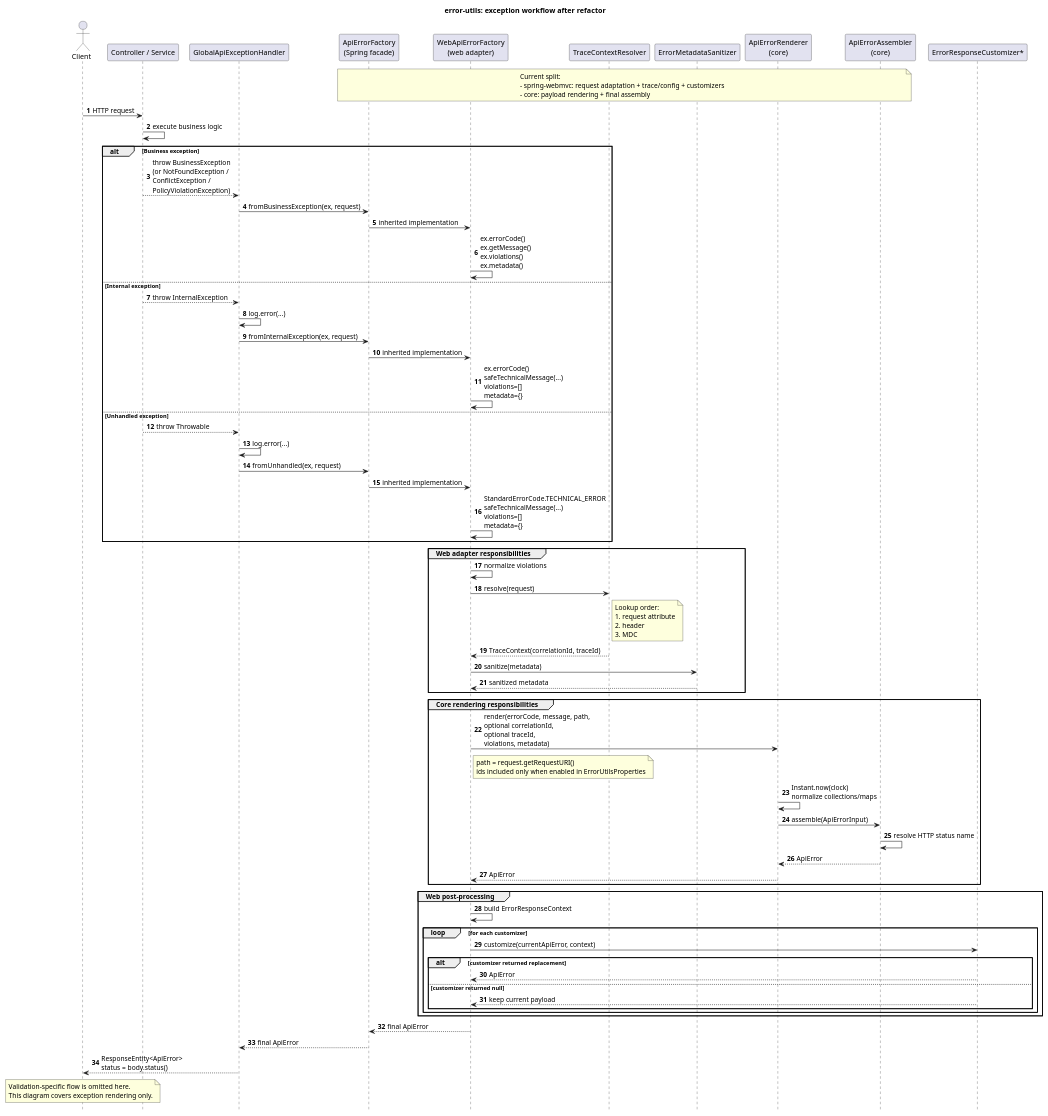
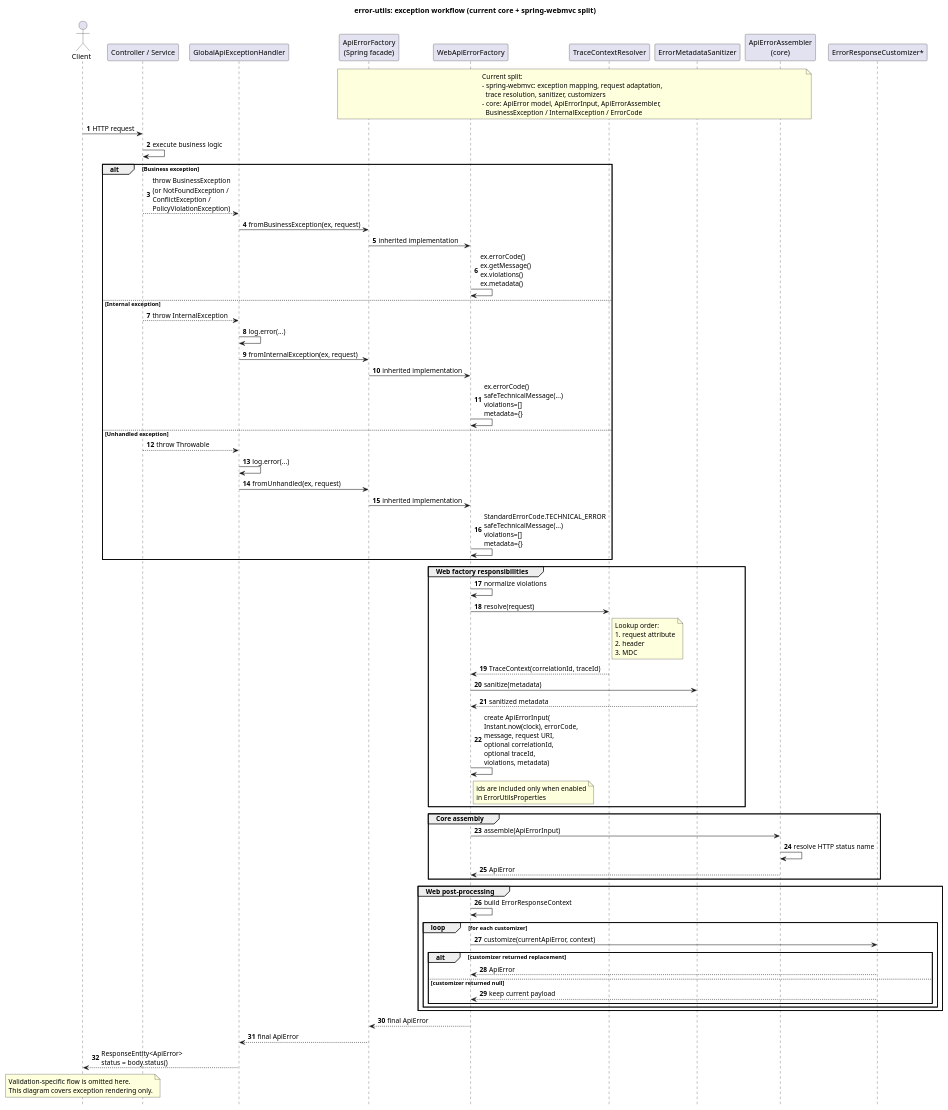
The diagram in docs/error-utils-exception-workflow.puml (ManuelMaslonka/error-utils), drawn with PlantUML before and after one commit. The commit also changed 23 other files, not shown here.

```diff
--- a/docs/error-utils-exception-workflow.puml
+++ b/docs/error-utils-exception-workflow.puml
@@ -1,97 +1,96 @@
 @startuml
-title error-utils: exception workflow after refactor
+title error-utils: exception workflow (current core + spring-webmvc split)
 
 autonumber
 hide footbox
 
 actor Client
 participant "Controller / Service" as App
 participant "GlobalApiExceptionHandler" as Handler
 participant "ApiErrorFactory\n(Spring facade)" as PublicFactory
-participant "WebApiErrorFactory\n(web adapter)" as WebFactory
+participant "WebApiErrorFactory" as WebFactory
 participant "TraceContextResolver" as TraceResolver
 participant "ErrorMetadataSanitizer" as Sanitizer
-participant "ApiErrorRenderer\n(core)" as Renderer
 participant "ApiErrorAssembler\n(core)" as Assembler
 participant "ErrorResponseCustomizer*" as Customizers
 
 note over PublicFactory, Assembler
 Current split:
-- spring-webmvc: request adaptation + trace/config + customizers
-- core: payload rendering + final assembly
+- spring-webmvc: exception mapping, request adaptation,
+  trace resolution, sanitizer, customizers
+- core: ApiError model, ApiErrorInput, ApiErrorAssembler,
+  BusinessException / InternalException / ErrorCode
 end note
 
 Client -> App: HTTP request
 App -> App: execute business logic
 
 alt Business exception
     App --> Handler: throw BusinessException\n(or NotFoundException /\nConflictException /\nPolicyViolationException)
     Handler -> PublicFactory: fromBusinessException(ex, request)
     PublicFactory -> WebFactory: inherited implementation
     WebFactory -> WebFactory: ex.errorCode()\nex.getMessage()\nex.violations()\nex.metadata()
 else Internal exception
     App --> Handler: throw InternalException
     Handler -> Handler: log.error(...)
     Handler -> PublicFactory: fromInternalException(ex, request)
     PublicFactory -> WebFactory: inherited implementation
     WebFactory -> WebFactory: ex.errorCode()\nsafeTechnicalMessage(...)\nviolations=[]\nmetadata={}
 else Unhandled exception
     App --> Handler: throw Throwable
     Handler -> Handler: log.error(...)
     Handler -> PublicFactory: fromUnhandled(ex, request)
     PublicFactory -> WebFactory: inherited implementation
     WebFactory -> WebFactory: StandardErrorCode.TECHNICAL_ERROR\nsafeTechnicalMessage(...)\nviolations=[]\nmetadata={}
 end
 
-group Web adapter responsibilities
+group Web factory responsibilities
     WebFactory -> WebFactory: normalize violations
 
     WebFactory -> TraceResolver: resolve(request)
     note right of TraceResolver
     Lookup order:
     1. request attribute
     2. header
     3. MDC
     end note
     TraceResolver --> WebFactory: TraceContext(correlationId, traceId)
 
     WebFactory -> Sanitizer: sanitize(metadata)
     Sanitizer --> WebFactory: sanitized metadata
+
+    WebFactory -> WebFactory: create ApiErrorInput(\nInstant.now(clock), errorCode,\nmessage, request URI,\noptional correlationId,\noptional traceId,\nviolations, metadata)
+    note right of WebFactory
+    ids are included only when enabled
+    in ErrorUtilsProperties
+    end note
 end
 
-group Core rendering responsibilities
-    WebFactory -> Renderer: render(errorCode, message, path,\noptional correlationId,\noptional traceId,\nviolations, metadata)
-    note right of WebFactory
-    path = request.getRequestURI()
-    ids included only when enabled in ErrorUtilsProperties
-    end note
-
-    Renderer -> Renderer: Instant.now(clock)\nnormalize collections/maps
-    Renderer -> Assembler: assemble(ApiErrorInput)
+group Core assembly
+    WebFactory -> Assembler: assemble(ApiErrorInput)
     Assembler -> Assembler: resolve HTTP status name
-    Assembler --> Renderer: ApiError
-    Renderer --> WebFactory: ApiError
+    Assembler --> WebFactory: ApiError
 end
 
 group Web post-processing
     WebFactory -> WebFactory: build ErrorResponseContext
     loop for each customizer
         WebFactory -> Customizers: customize(currentApiError, context)
         alt customizer returned replacement
             Customizers --> WebFactory: ApiError
         else customizer returned null
             Customizers --> WebFactory: keep current payload
         end
     end
 end
 
 WebFactory --> PublicFactory: final ApiError
 PublicFactory --> Handler: final ApiError
 Handler --> Client: ResponseEntity<ApiError>\nstatus = body.status()
 
 note over Client
 Validation-specific flow is omitted here.
 This diagram covers exception rendering only.
 end note
 
 @enduml
```
